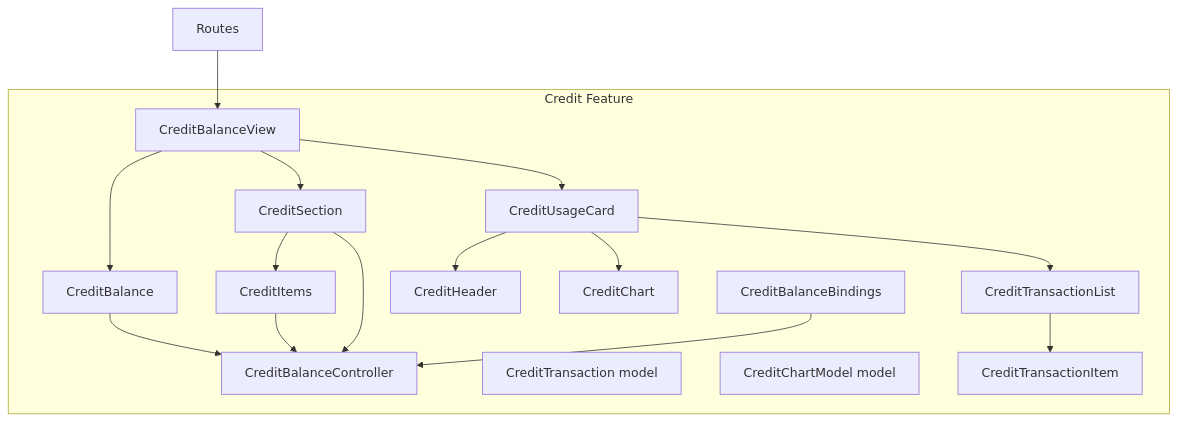
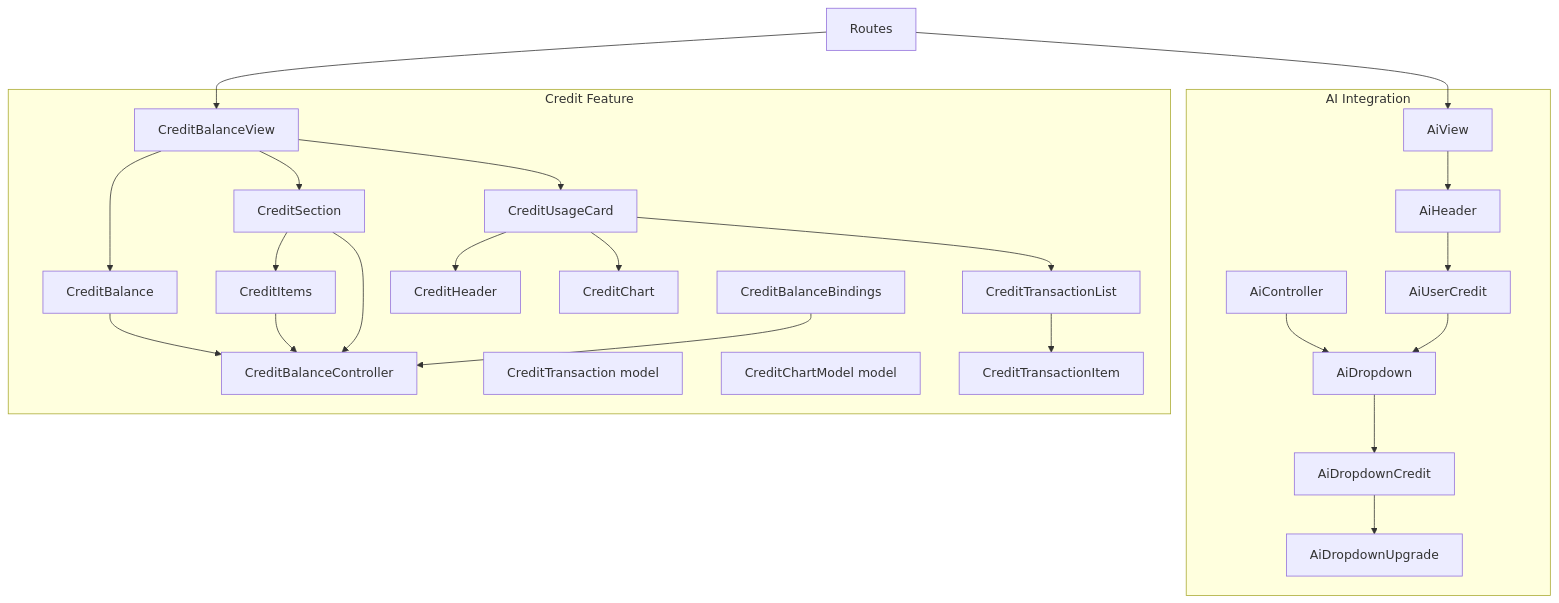
Before and after one commit to Ariful3111/FurniGo: the first of 14 diagrams in .qoder/repowiki/en/content/Core Features/User Profile Management/Credit Balance System.md, drawn with Mermaid. The commit also changed other lines of this file and 67 other files, not shown here.

````diff
--- a/.qoder/repowiki/en/content/Core Features/User Profile Management/Credit Balance System.md
+++ b/.qoder/repowiki/en/content/Core Features/User Profile Management/Credit Balance System.md
@@ -39,31 +56,47 @@
 ```mermaid
 graph TB
 subgraph "Credit Feature"
 V["CreditBalanceView"]
 W1["CreditBalance"]
 W2["CreditSection"]
 W3["CreditItems"]
 W4["CreditUsageCard"]
 W5["CreditHeader"]
 W6["CreditChart"]
 W7["CreditTransactionList"]
 W8["CreditTransactionItem"]
 M1["CreditTransaction model"]
 M2["CreditChartModel model"]
 C["CreditBalanceController"]
 B["CreditBalanceBindings"]
 end
+subgraph "AI Integration"
+AIC["AiController"]
+AID["AiDropdown"]
+AIDC["AiDropdownCredit"]
+AIDU["AiDropdownUpgrade"]
+AICredit["AiUserCredit"]
+AIH["AiHeader"]
+AIV["AiView"]
+end
 R["Routes"] --> V
+R --> AIV
 V --> W1
 V --> W2
 V --> W4
 W2 --> W3
 W4 --> W5
 W4 --> W6
 W4 --> W7
 W7 --> W8
 W1 --> C
 W2 --> C
 W3 --> C
 B --> C
+AIC --> AID
+AID --> AIDC
+AIDC --> AIDU
+AICredit --> AID
+AIH --> AICredit
+AIV --> AIH
 ```
````
